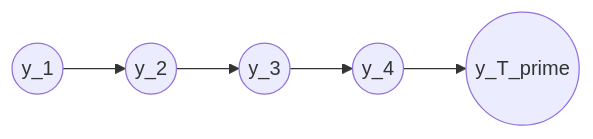
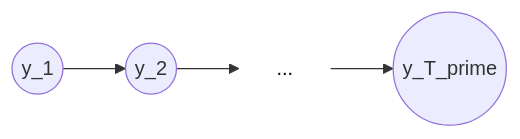
Before and after one commit to rioultf/llmapp: the third of 17 diagrams in 001.Attention.md, drawn with Mermaid.

Commit message:
docs: remplace y3 et y4 par des points de suspension

````diff
--- a/001.Attention.md
+++ b/001.Attention.md
@@ -61,7 +61,7 @@
 ```mermaid
 flowchart LR
     y1((y_1)) --> y2((y_2))
-    y2 --> y3((y_3))
-    y3 --> y4((y_4))
-    y4 --> yT((y_T_prime))
+    y2 --> dotsOut["..."]
+    dotsOut --> yT((y_T_prime))
+    style dotsOut fill:transparent,stroke:none,color:#000000
 ```
````
